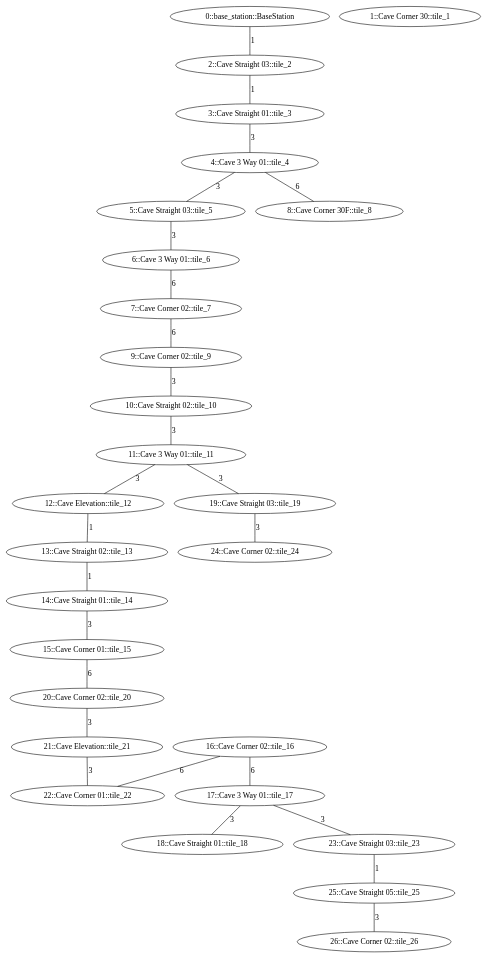
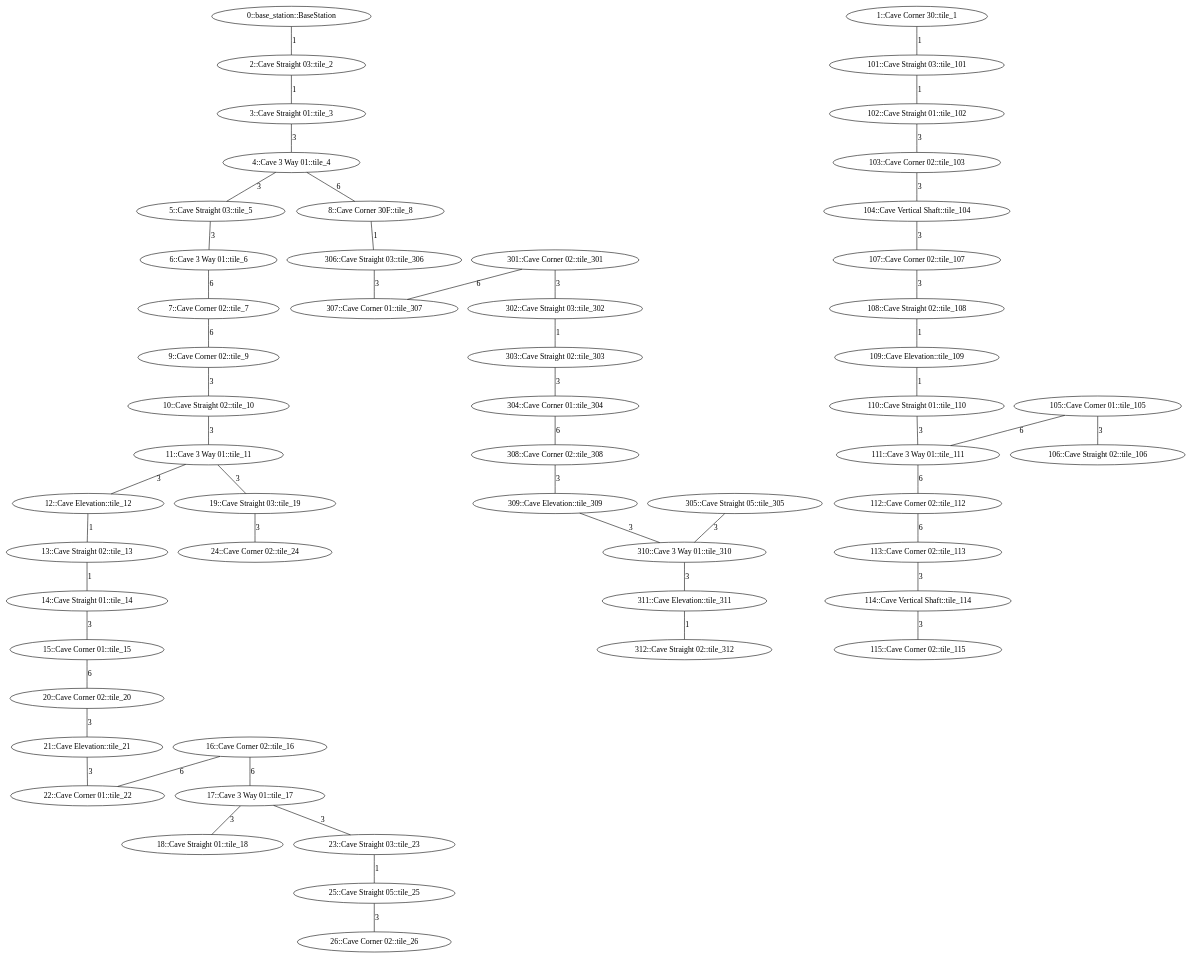
The diagram in subt_ign/worlds/simple_cave_03.dot (osrf/subt), drawn with Graphviz before and after one commit.

```diff
--- a/subt_ign/worlds/simple_cave_03.dot
+++ b/subt_ign/worlds/simple_cave_03.dot
@@ -1,66 +1,126 @@
 /* Visibility graph for simple_cave_03 */
 /* Generated with the generator.py script: */
 /*   __main__.py simple_cave_03.tsv -\-graph-file simple_cave_03.dot -\-world-file simple_cave_03.sdf -\-world-name simple_cave_03 -\-scale_x 25 -\-scale_y 25 -\-cave -\-y0 25 -\-x0 0 -\-z0 0 -\-level_type row_col -\-levels_buf 5 */
 
 graph {
   /* ==== Vertices ==== */
 
   /* Base station / Staging area */
   0   [label="0::base_station::BaseStation"];
 
   1   [label="1::Cave Corner 30::tile_1"];
   2   [label="2::Cave Straight 03::tile_2"];
   3   [label="3::Cave Straight 01::tile_3"];
   4   [label="4::Cave 3 Way 01::tile_4"];
   5   [label="5::Cave Straight 03::tile_5"];
   6   [label="6::Cave 3 Way 01::tile_6"];
   7   [label="7::Cave Corner 02::tile_7"];
   8   [label="8::Cave Corner 30F::tile_8"];
   9   [label="9::Cave Corner 02::tile_9"];
   10  [label="10::Cave Straight 02::tile_10"];
   11  [label="11::Cave 3 Way 01::tile_11"];
   12  [label="12::Cave Elevation::tile_12"];
   13  [label="13::Cave Straight 02::tile_13"];
   14  [label="14::Cave Straight 01::tile_14"];
   15  [label="15::Cave Corner 01::tile_15"];
   16  [label="16::Cave Corner 02::tile_16"];
   17  [label="17::Cave 3 Way 01::tile_17"];
   18  [label="18::Cave Straight 01::tile_18"];
   19  [label="19::Cave Straight 03::tile_19"];
   20  [label="20::Cave Corner 02::tile_20"];
   21  [label="21::Cave Elevation::tile_21"];
   22  [label="22::Cave Corner 01::tile_22"];
   23  [label="23::Cave Straight 03::tile_23"];
   24  [label="24::Cave Corner 02::tile_24"];
   25  [label="25::Cave Straight 05::tile_25"];
   26  [label="26::Cave Corner 02::tile_26"];
 
+  101   [label="101::Cave Straight 03::tile_101"];
+  102   [label="102::Cave Straight 01::tile_102"];
+  103   [label="103::Cave Corner 02::tile_103"];
+  104   [label="104::Cave Vertical Shaft::tile_104"];
+  105   [label="105::Cave Corner 01::tile_105"];
+  106   [label="106::Cave Straight 02::tile_106"];
+  107   [label="107::Cave Corner 02::tile_107"];
+  108   [label="108::Cave Straight 02::tile_108"];
+  109   [label="109::Cave Elevation::tile_109"];
+  110  [label="110::Cave Straight 01::tile_110"];
+  111  [label="111::Cave 3 Way 01::tile_111"];
+  112  [label="112::Cave Corner 02::tile_112"];
+  113  [label="113::Cave Corner 02::tile_113"];
+  114  [label="114::Cave Vertical Shaft::tile_114"];
+  115  [label="115::Cave Corner 02::tile_115"];
+
+  301   [label="301::Cave Corner 02::tile_301"];
+  302   [label="302::Cave Straight 03::tile_302"];
+  303   [label="303::Cave Straight 02::tile_303"];
+  304   [label="304::Cave Corner 01::tile_304"];
+  305   [label="305::Cave Straight 05::tile_305"];
+  306   [label="306::Cave Straight 03::tile_306"];
+  307   [label="307::Cave Corner 01::tile_307"];
+  308   [label="308::Cave Corner 02::tile_308"];
+  309   [label="309::Cave Elevation::tile_309"];
+  310  [label="310::Cave 3 Way 01::tile_310"];
+  311  [label="311::Cave Elevation::tile_311"];
+  312  [label="312::Cave Straight 02::tile_312"];
+
+
   /* ==== Edges ==== */
 
   /* Base station */
   0  -- 2   [label=1];
   2  -- 3   [label=1];
   3  -- 4   [label=3];  /* Intersection */
   4  -- 5   [label=3];  /* Intersection */
   4  -- 8   [label=6];  /* Intersection */
   5  -- 6   [label=3];  /* Intersection */
   6  -- 7   [label=6];  /* Intersection */
   7  -- 9   [label=6];
   9  -- 10  [label=3];
   10 -- 11  [label=3];  /* Intersection */
   11 -- 12  [label=3];  /* Intersection */
   11 -- 19  [label=3];  /* Intersection */
   12 -- 13  [label=1];
   13 -- 14  [label=1];
   14 -- 15  [label=3];
   15 -- 20  [label=6];
   16 -- 17  [label=6];  /* Intersection */
   16 -- 22  [label=6];
   17 -- 18  [label=3];  /* Intersection */
   17 -- 23  [label=3];  /* Intersection */
   19 -- 24  [label=3];
   20 -- 21  [label=3];
   21 -- 22  [label=3];
   23 -- 25  [label=1];
   25 -- 26  [label=3];
+
+  1  -- 101   [label=1];
+  101  -- 102   [label=1];
+  102  -- 103   [label=3];
+  103  -- 104   [label=3];
+  104  -- 107   [label=3];
+  105  -- 106   [label=3];
+  105  -- 111  [label=6];  /* Intersection */
+  107  -- 108   [label=3];
+  108  -- 109   [label=1];
+  109  -- 110  [label=1];
+  110 -- 111  [label=3];  /* Intersection */
+  111 -- 112  [label=6];  /* Intersection */
+  112 -- 113  [label=6];
+  113 -- 114  [label=3];
+  114 -- 115  [label=3];
+
+  8  -- 306   [label=1];
+  301  -- 302   [label=3];
+  301  -- 307   [label=6];
+  302  -- 303   [label=1];
+  303  -- 304   [label=3];
+  304  -- 308   [label=6];
+  305  -- 310  [label=3];  /* Intersection */
+  306  -- 307   [label=3];
+  308  -- 309   [label=3];
+  309  -- 310  [label=3];  /* Intersection */
+  310 -- 311  [label=3];  /* Intersection */
+  311 -- 312  [label=1];
+
 }
```
